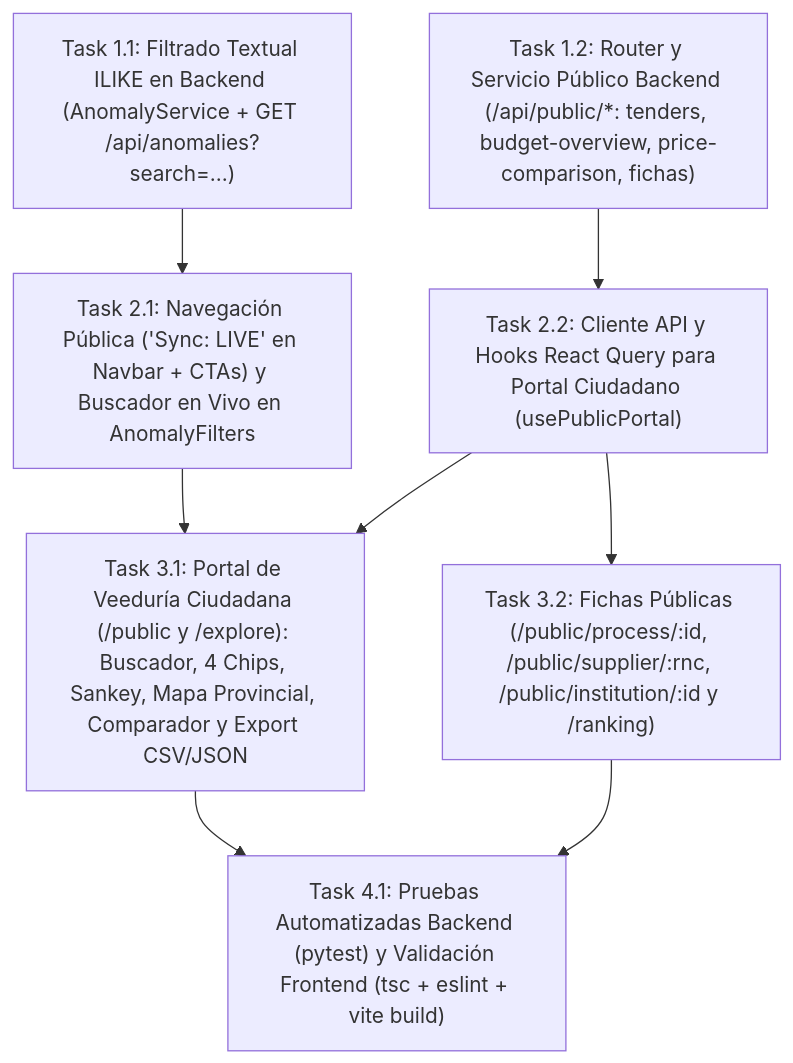
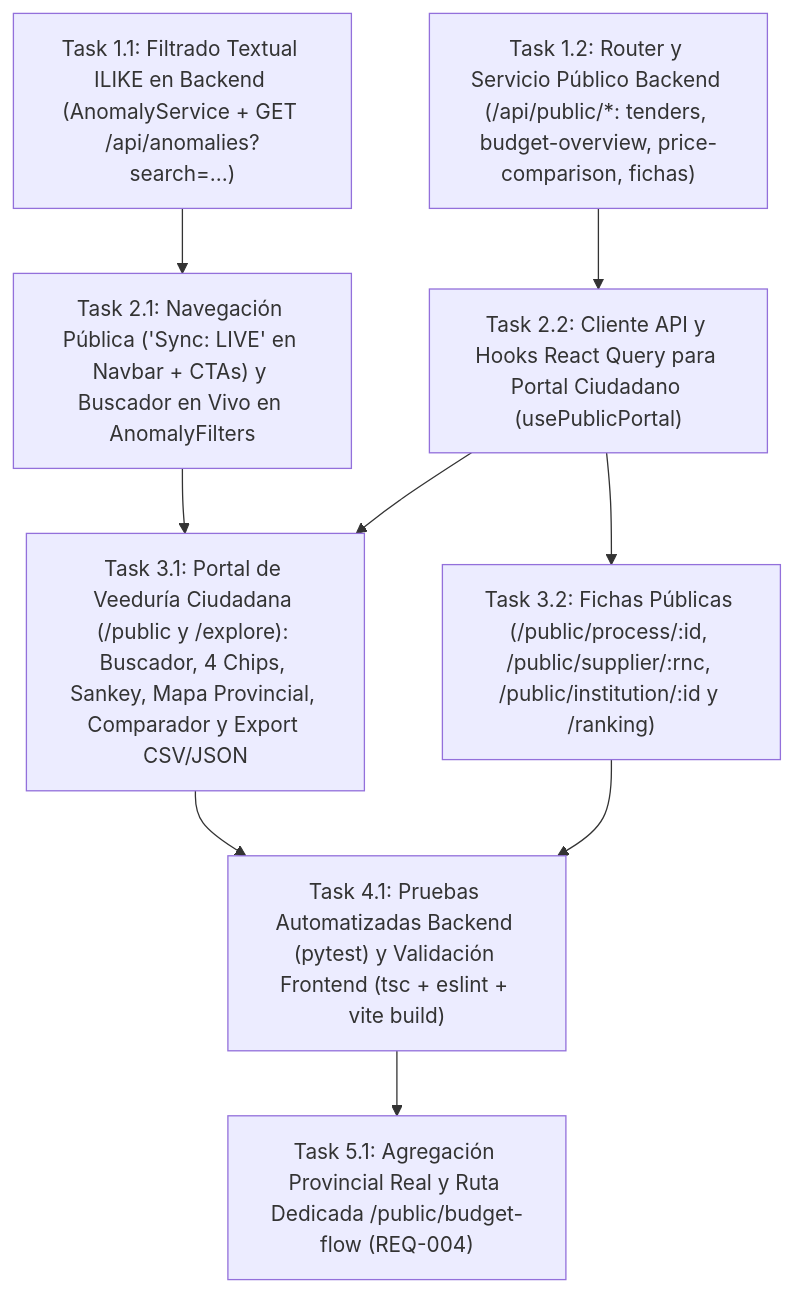
Before and after one commit to JeremyJS20/VeedorIA: the diagram in specs/veedoria-core/buscador-ciudadano/tasks.md, drawn with Mermaid. The commit also changed other lines of this file and 14 other files, not shown here.

````diff
--- a/specs/veedoria-core/buscador-ciudadano/tasks.md
+++ b/specs/veedoria-core/buscador-ciudadano/tasks.md
@@ -31,10 +31,11 @@
 ```mermaid
 flowchart TD
     T1_1["Task 1.1: Filtrado Textual ILIKE en Backend (AnomalyService + GET /api/anomalies?search=...)"] --> T2_1["Task 2.1: Navegación Pública ('Sync: LIVE' en Navbar + CTAs) y Buscador en Vivo en AnomalyFilters"]
     T1_2["Task 1.2: Router y Servicio Público Backend (/api/public/*: tenders, budget-overview, price-comparison, fichas)"] --> T2_2["Task 2.2: Cliente API y Hooks React Query para Portal Ciudadano (usePublicPortal)"]
     T2_1 --> T3_1["Task 3.1: Portal de Veeduría Ciudadana (/public y /explore): Buscador, 4 Chips, Sankey, Mapa Provincial, Comparador y Export CSV/JSON"]
     T2_2 --> T3_1
     T2_2 --> T3_2["Task 3.2: Fichas Públicas (/public/process/:id, /public/supplier/:rnc, /public/institution/:id y /ranking)"]
     T3_1 --> T4_1["Task 4.1: Pruebas Automatizadas Backend (pytest) y Validación Frontend (tsc + eslint + vite build)"]
     T3_2 --> T4_1
+    T4_1 --> T5_1["Task 5.1: Agregación Provincial Real y Ruta Dedicada /public/budget-flow (REQ-004)"]
 ```
````
